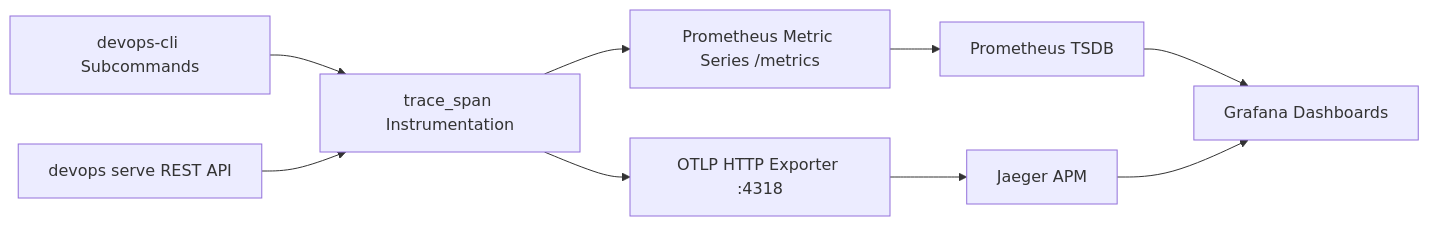
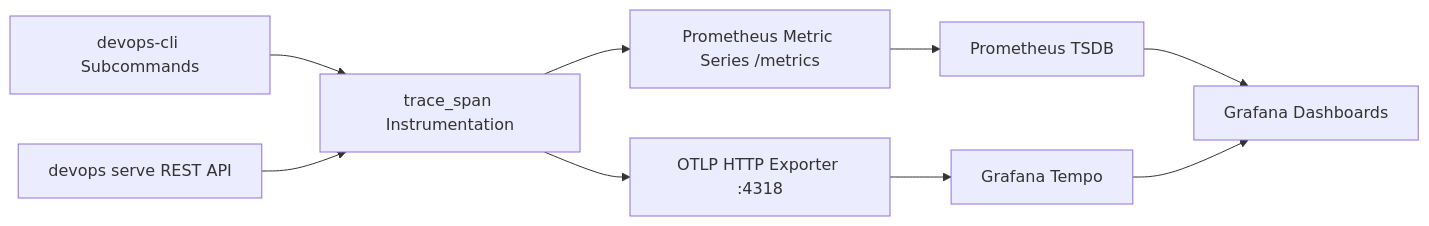
The diagram in src/devops_cli/ai/knowledge_base/it_domains/topics/observability_and_distributed_tracing.md (dan-petty/devops-cli), drawn with Mermaid before and after one commit. The commit also changed other lines of this file and 90 other files, not shown here.

````diff
--- a/src/devops_cli/ai/knowledge_base/it_domains/topics/observability_and_distributed_tracing.md
+++ b/src/devops_cli/ai/knowledge_base/it_domains/topics/observability_and_distributed_tracing.md
@@ -7,11 +7,11 @@
 ```mermaid
 graph LR
     A[devops-cli Subcommands] --> B[trace_span Instrumentation]
     C[devops serve REST API] --> B
     B --> D[Prometheus Metric Series /metrics]
     B --> E[OTLP HTTP Exporter :4318]
     D --> F[Prometheus TSDB]
-    E --> G[Jaeger APM]
+    E --> G[Grafana Tempo]
     F --> H[Grafana Dashboards]
     G --> H
 ```
````
